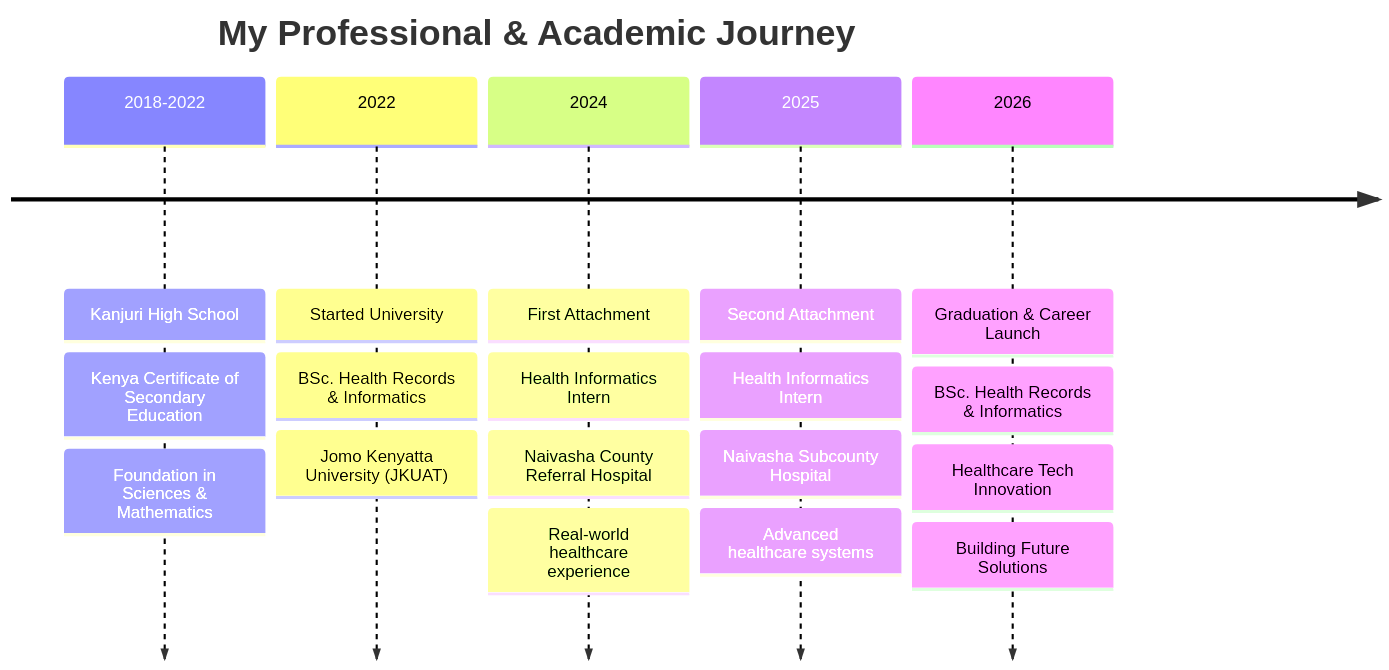
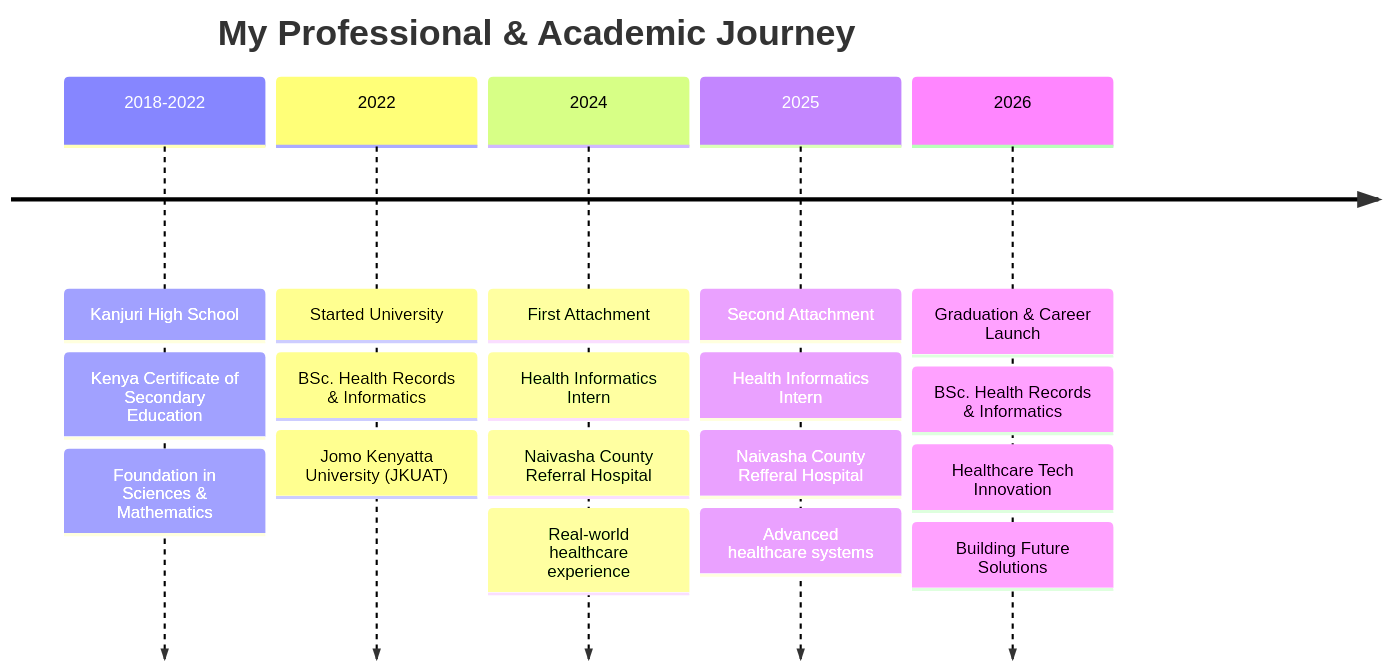
One commit to Sammy2266/Sammy2266 changed the first of 2 diagrams in README.md. Above: the diagram before and after it, drawn with Mermaid.

````diff
--- a/README.md
+++ b/README.md
@@ -34,27 +34,27 @@
 ```mermaid
 timeline
     title My Professional & Academic Journey
 
     2018-2022 : Kanjuri High School
               : Kenya Certificate of Secondary Education
               : Foundation in Sciences & Mathematics
 
     2022      : Started University
               : BSc. Health Records & Informatics
               : Jomo Kenyatta University (JKUAT)
 
     2024      : First Attachment
               : Health Informatics Intern
               : Naivasha County Referral Hospital
               : Real-world healthcare experience
 
     2025      : Second Attachment
               : Health Informatics Intern
-              : Naivasha Subcounty Hospital
+              : Naivasha County Refferal Hospital
               : Advanced healthcare systems
 
     2026      : Graduation & Career Launch
               : BSc. Health Records & Informatics
               : Healthcare Tech Innovation
               : Building Future Solutions
 ```
````
